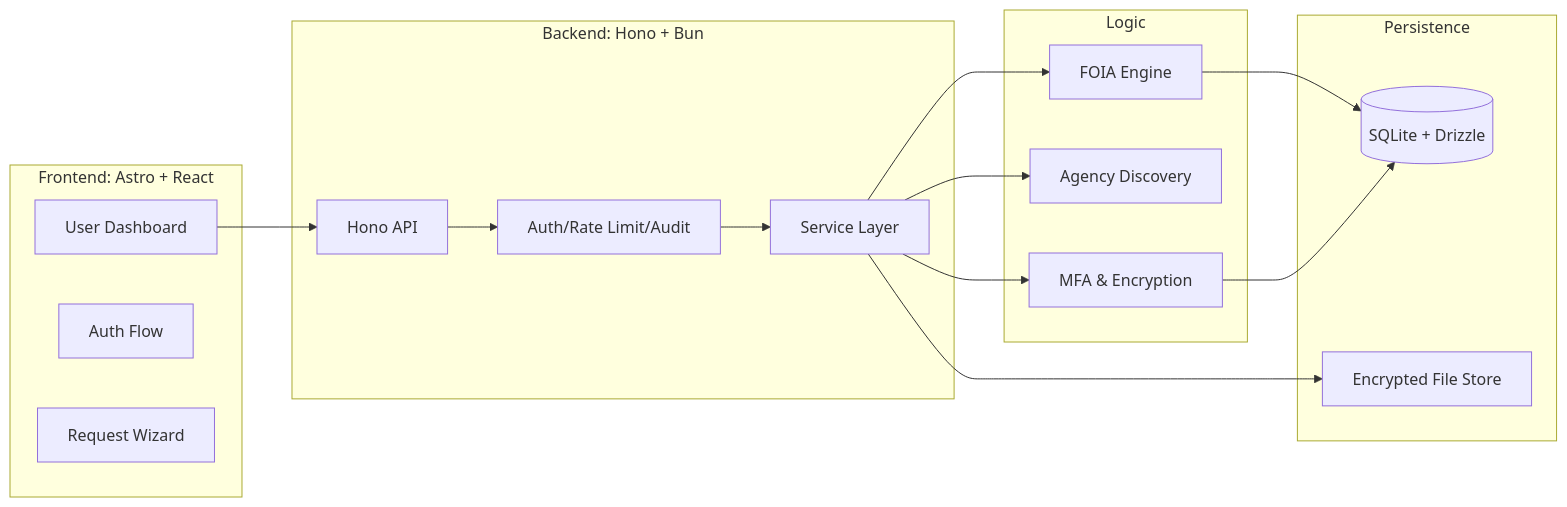
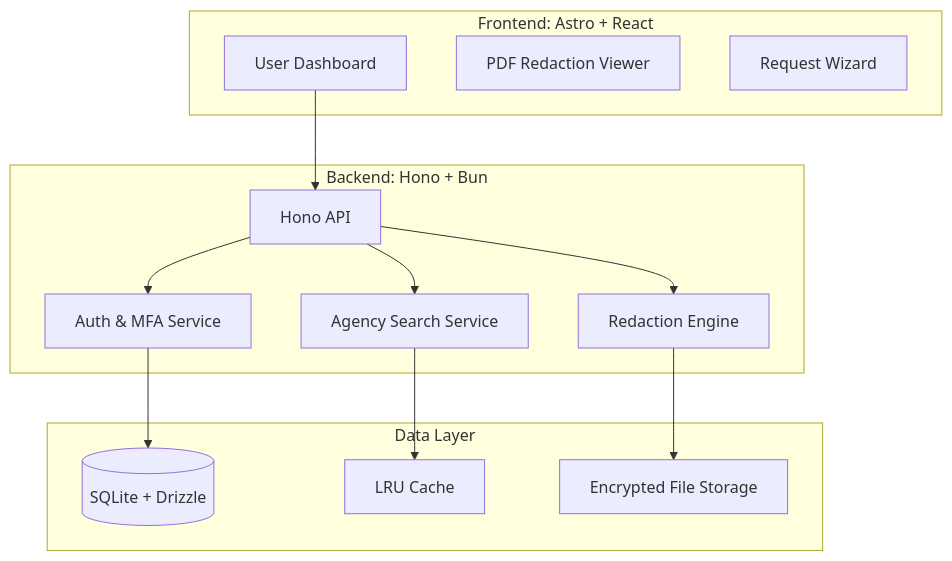
Before and after one commit to WomB0ComB0/foia-stream: the first of 2 diagrams in README.md, drawn with Mermaid. The commit also changed other lines of this file, not shown here.

````diff
--- a/README.md
+++ b/README.md
@@ -106,35 +84,29 @@
 ```mermaid
-graph LR
+graph TD
     subgraph Client_Layer [Frontend: Astro + React]
         UI[User Dashboard]
-        AuthUI[Auth Flow]
-        Form[Request Wizard]
+        Viewer[PDF Redaction Viewer]
+        Forms[Request Wizard]
     end
 
     subgraph API_Layer [Backend: Hono + Bun]
         Gateway[Hono API]
-        Middleware[Auth/Rate Limit/Audit]
-        Services[Service Layer]
+        AuthSvc[Auth & MFA Service]
+        RedactSvc[Redaction Engine]
+        AgencySvc[Agency Search Service]
     end
 
-    subgraph Core_Services [Logic]
-        FOIA[FOIA Engine]
-        Agency[Agency Discovery]
-        Security[MFA & Encryption]
-    end
-
-    subgraph Data_Layer [Persistence]
+    subgraph Persistence [Data Layer]
         DB[(SQLite + Drizzle)]
-        Storage[Encrypted File Store]
+        Cache[LRU Cache]
+        Files[Encrypted File Storage]
     end
 
     UI --> Gateway
-    Gateway --> Middleware
-    Middleware --> Services
-    Services --> FOIA
-    Services --> Agency
-    Services --> Security
-    FOIA --> DB
-    Security --> DB
-    Services --> Storage
+    Gateway --> AuthSvc
+    Gateway --> RedactSvc
+    Gateway --> AgencySvc
+    AuthSvc --> DB
+    RedactSvc --> Files
+    AgencySvc --> Cache
 ```
````
